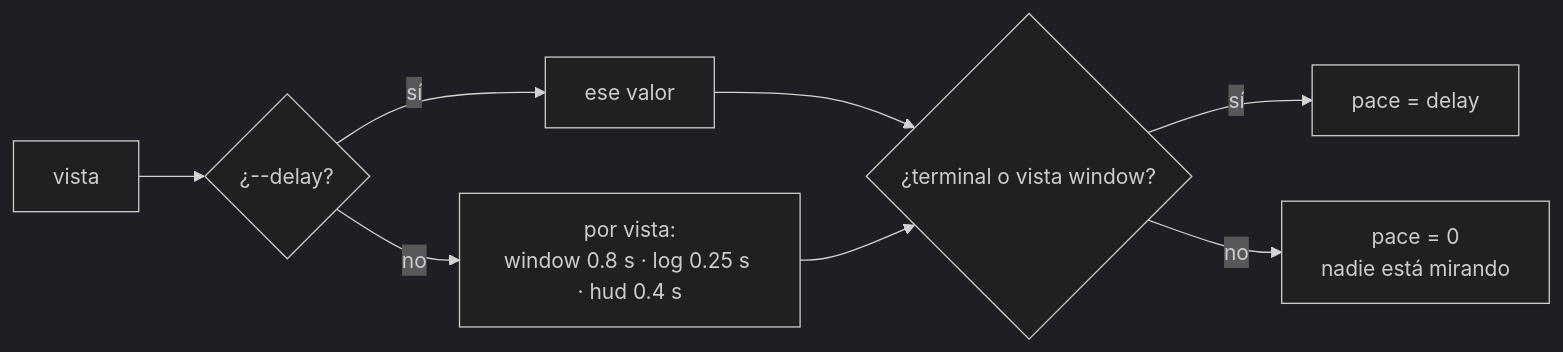
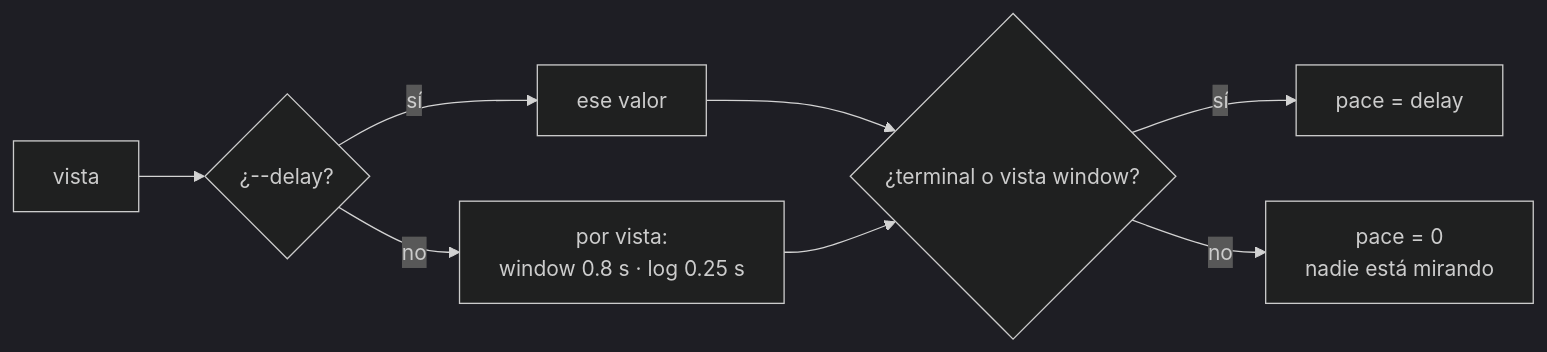
One commit to 0xARCOS/Fly-In changed diagram 40 of 52 in docs/07-diagramas.md. Above: the diagram before and after it, drawn with Mermaid (dark theme). The commit also changed other lines of this file and 33 other files, not shown here.

````diff
--- a/docs/07-diagramas.md
+++ b/docs/07-diagramas.md
@@ -1325,10 +1261,10 @@
 ```mermaid
 flowchart LR
     V["vista"] --> DL{"¿--delay?"}
     DL -->|"sí"| DV["ese valor"]
-    DL -->|"no"| DD["por vista:<br/>window 0.8 s · log 0.25 s · hud 0.4 s"]
+    DL -->|"no"| DD["por vista:<br/>window 0.8 s · log 0.25 s"]
     DV --> P{"¿terminal o vista window?"}
     DD --> P
     P -->|"sí"| PACE["pace = delay"]
     P -->|"no"| ZERO["pace = 0<br/>nadie está mirando"]
 ```
````
